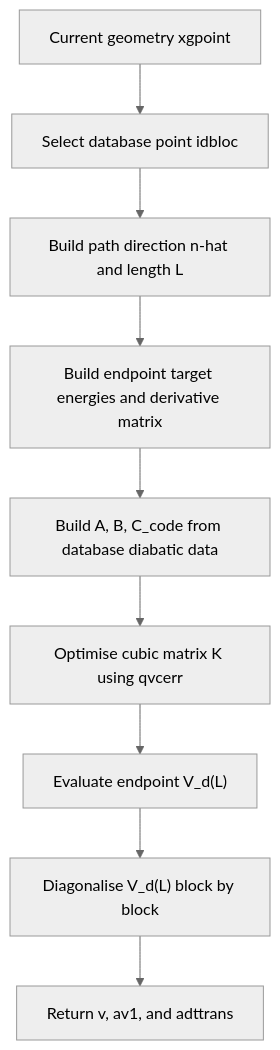
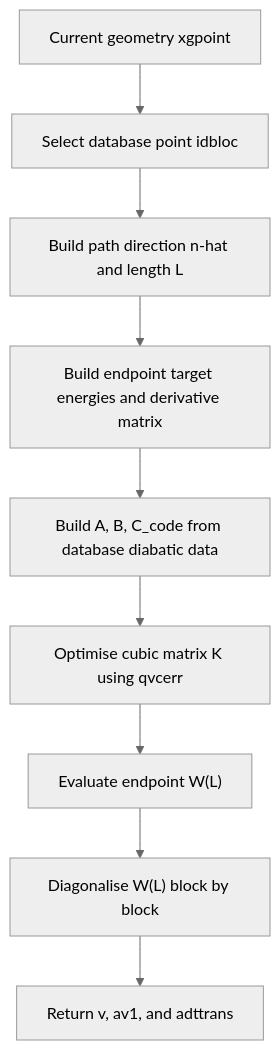
One commit to KM-2323/documentation_intro changed the diagram in 06_diabatisation_deeperdive/code+breakdown/subroutine_optqvc.md. Above: the diagram before and after it, drawn with Mermaid (neutral theme). The commit also changed other lines of this file and 11 other files, not shown here.

````diff
--- a/06_diabatisation_deeperdive/code+breakdown/subroutine_optqvc.md
+++ b/06_diabatisation_deeperdive/code+breakdown/subroutine_optqvc.md
@@ -23,11 +23,11 @@
 ```mermaid
 flowchart TD
     A["Current geometry xgpoint"] --> B["Select database point idbloc"]
     B --> C["Build path direction n-hat and length L"]
     C --> D["Build endpoint target energies and derivative matrix"]
     D --> E["Build A, B, C_code from database diabatic data"]
     E --> F["Optimise cubic matrix K using qvcerr"]
-    F --> G["Evaluate endpoint V_d(L)"]
-    G --> H["Diagonalise V_d(L) block by block"]
+    F --> G["Evaluate endpoint W(L)"]
+    G --> H["Diagonalise W(L) block by block"]
     H --> I["Return v, av1, and adttrans"]
 ```
````
